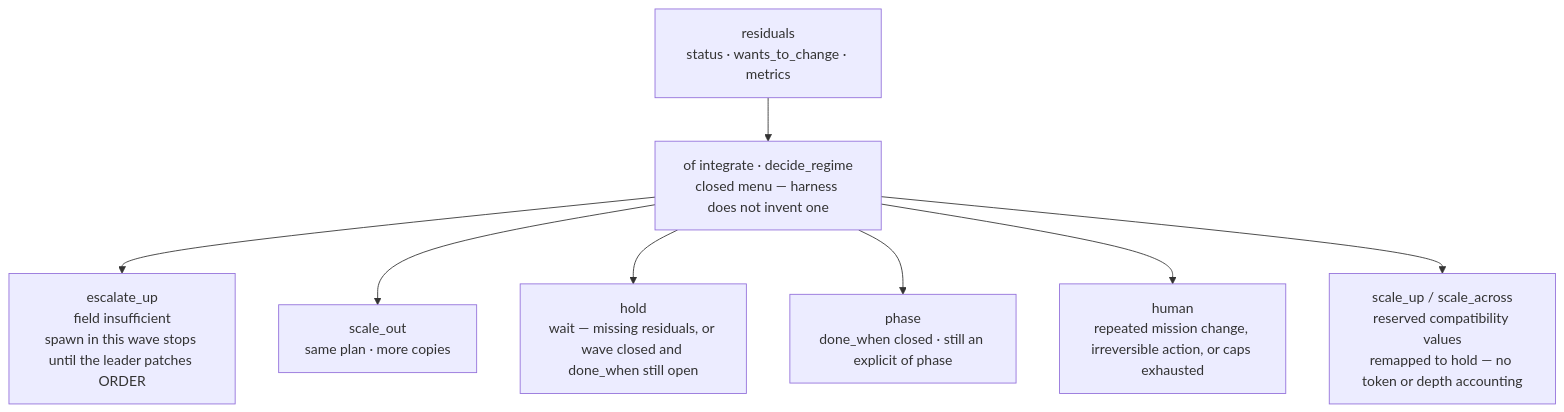
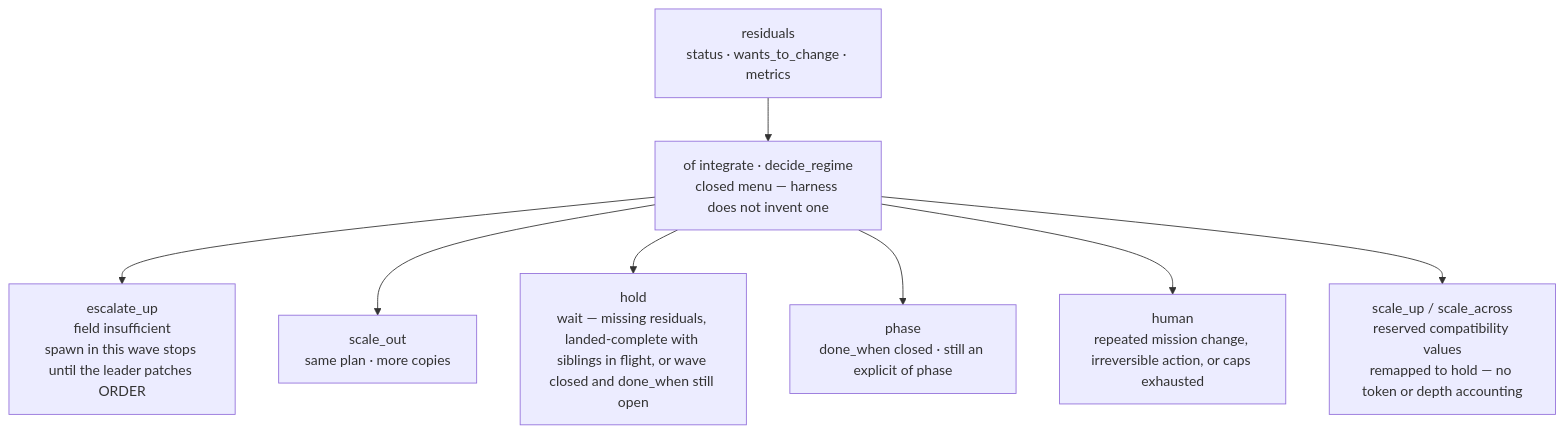
The third of 3 diagrams in docs/architecture.md (pedroknigge/orderfield), drawn with Mermaid before and after one commit. The commit also changed other lines of this file and 25 other files, not shown here.

First line of the commit message:
Cut 0.7.76: integrate --partial names in-flight siblings

````diff
--- a/docs/architecture.md
+++ b/docs/architecture.md
@@ -86,12 +86,12 @@
 ```mermaid
 flowchart TD
     residuals["residuals<br/>status · wants_to_change · metrics"]
     decide["of integrate · decide_regime<br/>closed menu — harness does not invent one"]
     residuals --> decide
     decide --> eu["escalate_up<br/>field insufficient<br/>spawn in this wave stops until the leader patches ORDER"]
     decide --> so["scale_out<br/>same plan · more copies"]
-    decide --> hold["hold<br/>wait — missing residuals, or wave closed and done_when still open"]
+    decide --> hold["hold<br/>wait — missing residuals, landed-complete with siblings in flight, or wave closed and done_when still open"]
     decide --> phaseR["phase<br/>done_when closed · still an explicit of phase"]
     decide --> human["human<br/>repeated mission change, irreversible action, or caps exhausted"]
     decide --> reserved["scale_up / scale_across<br/>reserved compatibility values<br/>remapped to hold — no token or depth accounting"]
 ```
````
